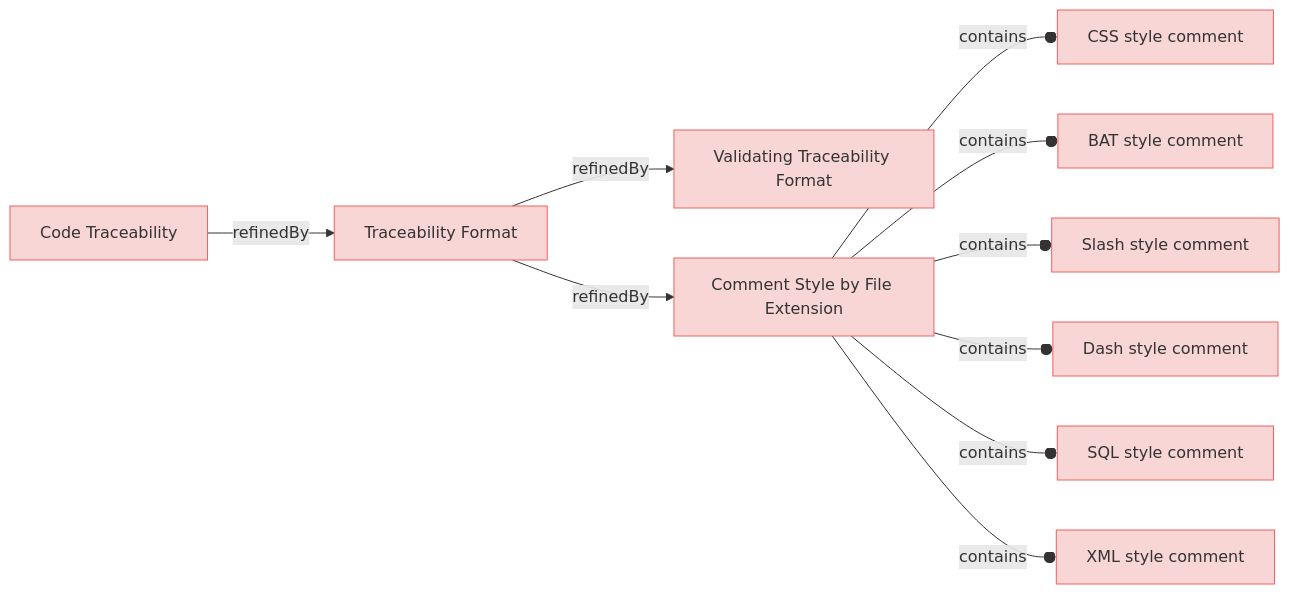
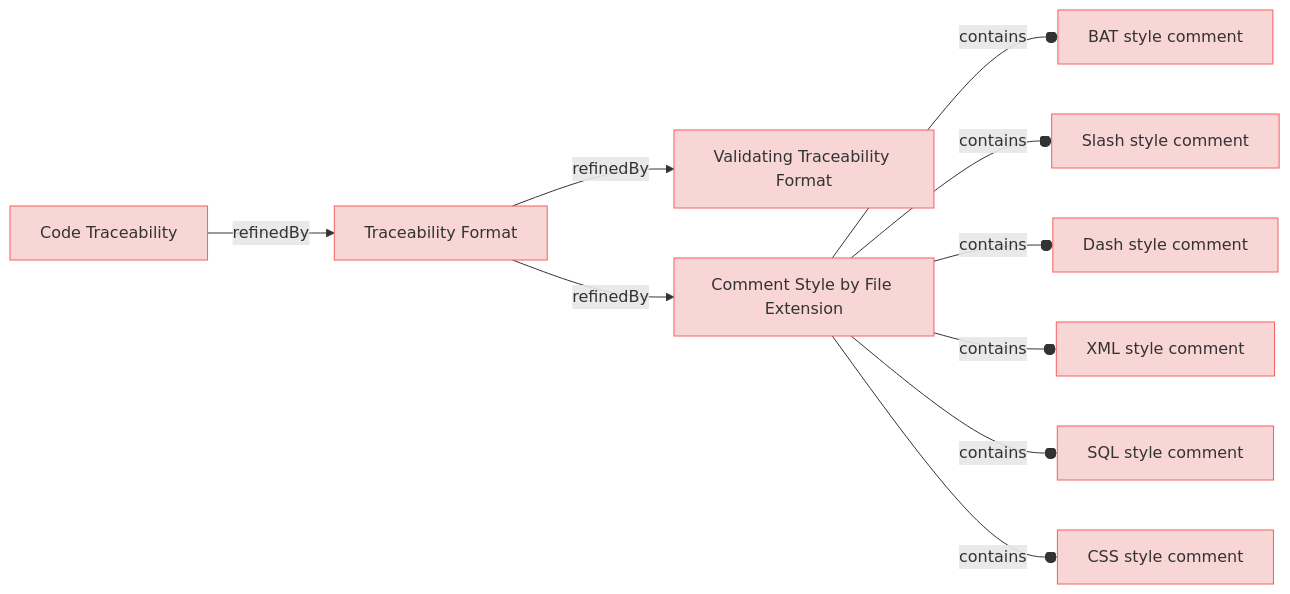
Before and after one commit to reqvire-org/reqvire: the diagram in specifications/CodeTraecabilityRequirements.md, drawn with Mermaid. The commit also changed other lines of this file and 16 other files, not shown here.

Commit message:
Updates diagrams

````diff
--- a/specifications/CodeTraecabilityRequirements.md
+++ b/specifications/CodeTraecabilityRequirements.md
@@ -4,49 +4,49 @@
 ```mermaid
 graph LR;
   %% REQVIRE-AUTOGENERATED-DIAGRAM
   %% Graph styling
   classDef requirement fill:#f9d6d6,stroke:#f55f5f,stroke-width:1px;
   classDef verification fill:#d6f9d6,stroke:#5fd75f,stroke-width:1px;
   classDef externalLink fill:#d0e0ff,stroke:#3080ff,stroke-width:1px;
   classDef default fill:#f5f5f5,stroke:#333333,stroke-width:1px;
 
-  a91fc474f292f1c9["CSS style comment"];
-  class a91fc474f292f1c9 requirement;
-  click a91fc474f292f1c9 "CodeTraecabilityRequirements.md#css-style-comment";
   3db41d3530e56596["Validating Traceability Format"];
   class 3db41d3530e56596 requirement;
   click 3db41d3530e56596 "CodeTraecabilityRequirements.md#validating-traceability-format";
-  f4c09ad7359812ff["Comment Style by File Extension"];
-  class f4c09ad7359812ff requirement;
-  click f4c09ad7359812ff "CodeTraecabilityRequirements.md#comment-style-by-file-extension";
-  f4c09ad7359812ff --o|contains| a91fc474f292f1c9;
   7fdde6a23819450b["BAT style comment"];
   class 7fdde6a23819450b requirement;
   click 7fdde6a23819450b "CodeTraecabilityRequirements.md#bat-style-comment";
-  f4c09ad7359812ff --o|contains| 7fdde6a23819450b;
   99c4cc438042d855["Slash style comment"];
   class 99c4cc438042d855 requirement;
   click 99c4cc438042d855 "CodeTraecabilityRequirements.md#slash-style-comment";
-  f4c09ad7359812ff --o|contains| 99c4cc438042d855;
   be41c3d9e39abe6f["Dash style comment"];
   class be41c3d9e39abe6f requirement;
   click be41c3d9e39abe6f "CodeTraecabilityRequirements.md#dash-style-comment";
-  f4c09ad7359812ff --o|contains| be41c3d9e39abe6f;
-  39fc946195c12956["SQL style comment"];
-  class 39fc946195c12956 requirement;
-  click 39fc946195c12956 "CodeTraecabilityRequirements.md#sql-style-comment";
-  f4c09ad7359812ff --o|contains| 39fc946195c12956;
-  474c97b7d0029622["XML style comment"];
-  class 474c97b7d0029622 requirement;
-  click 474c97b7d0029622 "CodeTraecabilityRequirements.md#xml-style-comment";
-  f4c09ad7359812ff --o|contains| 474c97b7d0029622;
   9314736a59776478["Traceability Format"];
   class 9314736a59776478 requirement;
   click 9314736a59776478 "CodeTraecabilityRequirements.md#traceability-format";
   9314736a59776478 -->|refinedBy| 3db41d3530e56596;
+  f4c09ad7359812ff["Comment Style by File Extension"];
+  class f4c09ad7359812ff requirement;
+  click f4c09ad7359812ff "CodeTraecabilityRequirements.md#comment-style-by-file-extension";
   9314736a59776478 -->|refinedBy| f4c09ad7359812ff;
+  474c97b7d0029622["XML style comment"];
+  class 474c97b7d0029622 requirement;
+  click 474c97b7d0029622 "CodeTraecabilityRequirements.md#xml-style-comment";
+  39fc946195c12956["SQL style comment"];
+  class 39fc946195c12956 requirement;
+  click 39fc946195c12956 "CodeTraecabilityRequirements.md#sql-style-comment";
+  f4c09ad7359812ff --o|contains| 7fdde6a23819450b;
+  f4c09ad7359812ff --o|contains| 99c4cc438042d855;
+  f4c09ad7359812ff --o|contains| be41c3d9e39abe6f;
+  f4c09ad7359812ff --o|contains| 474c97b7d0029622;
+  f4c09ad7359812ff --o|contains| 39fc946195c12956;
+  a91fc474f292f1c9["CSS style comment"];
+  class a91fc474f292f1c9 requirement;
+  click a91fc474f292f1c9 "CodeTraecabilityRequirements.md#css-style-comment";
+  f4c09ad7359812ff --o|contains| a91fc474f292f1c9;
   26ca72b617aff229["Code Traceability"];
   class 26ca72b617aff229 requirement;
   click 26ca72b617aff229 "UserRequirements.md#code-traceability";
   26ca72b617aff229 -->|refinedBy| 9314736a59776478;
 ```
````
